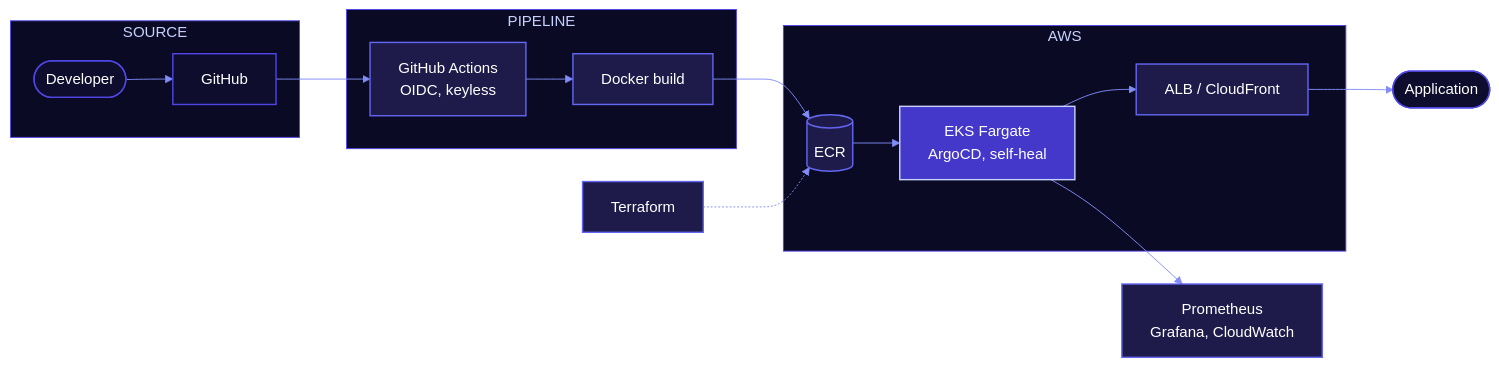
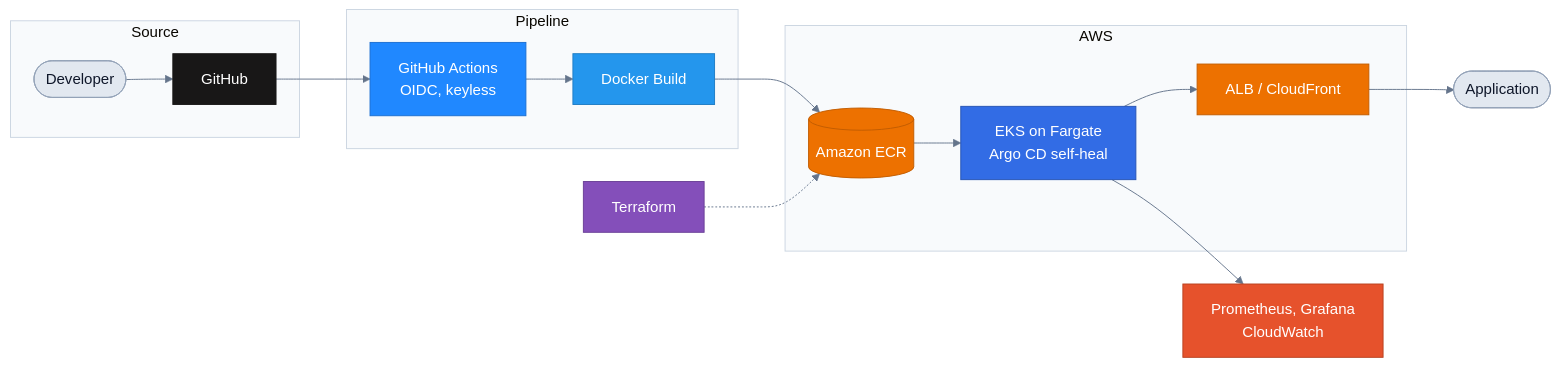
Before and after one commit to Rohit-1920/Rohit-1920: the first of 6 diagrams in README.md, drawn with Mermaid. The commit also changed other lines of this file, not shown here.

````diff
--- a/README.md
+++ b/README.md
@@ -93,35 +62,36 @@
 ```mermaid
-%%{init: {'theme':'base','themeVariables':{'fontFamily':'Inter, ui-sans-serif, system-ui, sans-serif','lineColor':'#818CF8','textColor':'#E2E8F0','edgeLabelBackground':'#1E1B4B','primaryTextColor':'#FFFFFF'}}}%%
+%%{init: {'theme':'base','themeVariables':{'fontFamily':'Inter, ui-sans-serif, system-ui, sans-serif','lineColor':'#64748B','primaryTextColor':'#0F172A','clusterBkg':'#F8FAFC','clusterBorder':'#CBD5E1'}}}%%
 flowchart LR
-  subgraph SRC["SOURCE"]
+  subgraph SRC["Source"]
     DEV(["Developer"]) --> GH["GitHub"]
   end
-  subgraph PIPE["PIPELINE"]
-    GA["GitHub Actions<br/>OIDC, keyless"] --> BLD["Docker build"]
+  subgraph PIPE["Pipeline"]
+    GA["GitHub Actions<br/>OIDC, keyless"] --> BLD["Docker Build"]
   end
   subgraph AWS["AWS"]
-    ECR[("ECR")] --> EKS["EKS Fargate<br/>ArgoCD, self-heal"]
+    ECR[("Amazon ECR")] --> EKS["EKS on Fargate<br/>Argo CD self-heal"]
     EKS --> EDGE["ALB / CloudFront"]
   end
   GH --> GA
   BLD --> ECR
   EDGE --> APP(["Application"])
-  EKS --> OBS["Prometheus<br/>Grafana, CloudWatch"]
+  EKS --> OBS["Prometheus, Grafana<br/>CloudWatch"]
   TF["Terraform"] -.-> ECR
-  style SRC fill:#0B0A24,stroke:#4F46E5,color:#C7D2FE
-  style PIPE fill:#0B0A24,stroke:#4F46E5,color:#C7D2FE
-  style AWS fill:#0B0A24,stroke:#4F46E5,color:#C7D2FE
-classDef aws fill:#1E1B4B,stroke:#6366F1,color:#FFF,stroke-width:1.5px
-classDef k8s fill:#4338CA,stroke:#C7D2FE,color:#FFF,stroke-width:1.5px
-classDef ci fill:#1E1B4B,stroke:#6366F1,color:#FFF,stroke-width:1.5px
-classDef iac fill:#1E1B4B,stroke:#6366F1,color:#FFF,stroke-width:1.5px
-classDef obs fill:#1E1B4B,stroke:#6366F1,color:#FFF,stroke-width:1.5px
-classDef sec fill:#1E1B4B,stroke:#6366F1,color:#FFF,stroke-width:1.5px
-classDef neu fill:#0F0D2E,stroke:#4F46E5,color:#FFF,stroke-width:1.5px
-class DEV,GH,APP neu
-class GA,BLD ci
-class ECR,EDGE aws
-class EKS k8s
-class OBS obs
-class TF iac
+
+  classDef git fill:#181717,stroke:#181717,color:#FFFFFF
+  classDef ci fill:#2088FF,stroke:#1B6FD1,color:#FFFFFF
+  classDef docker fill:#2496ED,stroke:#1D7BC4,color:#FFFFFF
+  classDef aws fill:#ED7100,stroke:#C25C00,color:#FFFFFF
+  classDef k8s fill:#326CE5,stroke:#2653B3,color:#FFFFFF
+  classDef obs fill:#E6522C,stroke:#B8411F,color:#FFFFFF
+  classDef iac fill:#844FBA,stroke:#6A3F96,color:#FFFFFF
+  classDef neutral fill:#E2E8F0,stroke:#94A3B8,color:#0F172A
+  class DEV,APP neutral
+  class GH git
+  class GA ci
+  class BLD docker
+  class ECR,EDGE aws
+  class EKS k8s
+  class OBS obs
+  class TF iac
 ```
````
